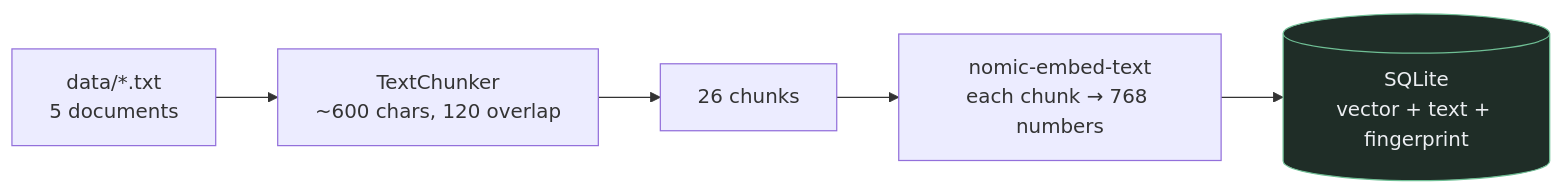
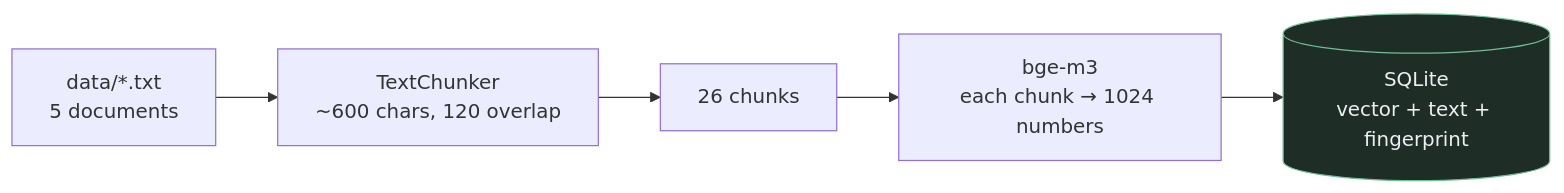
One commit to ibrahimtombul/RagAgentLab changed the first of 3 diagrams in README.md. Above: the diagram before and after it, drawn with Mermaid. The commit also changed other lines of this file and 15 other files, not shown here.

````diff
--- a/README.md
+++ b/README.md
@@ -159,9 +159,9 @@
 ```mermaid
 flowchart LR
     A["data/*.txt<br/>5 documents"] --> B["TextChunker<br/>~600 chars, 120 overlap"]
     B --> C["26 chunks"]
-    C --> D["nomic-embed-text<br/>each chunk → 768 numbers"]
+    C --> D["bge-m3<br/>each chunk → 1024 numbers"]
     D --> E[("SQLite<br/>vector + text + fingerprint")]
 
     style E fill:#1f2d27,stroke:#6fbf95,color:#eceef2
 ```
````
